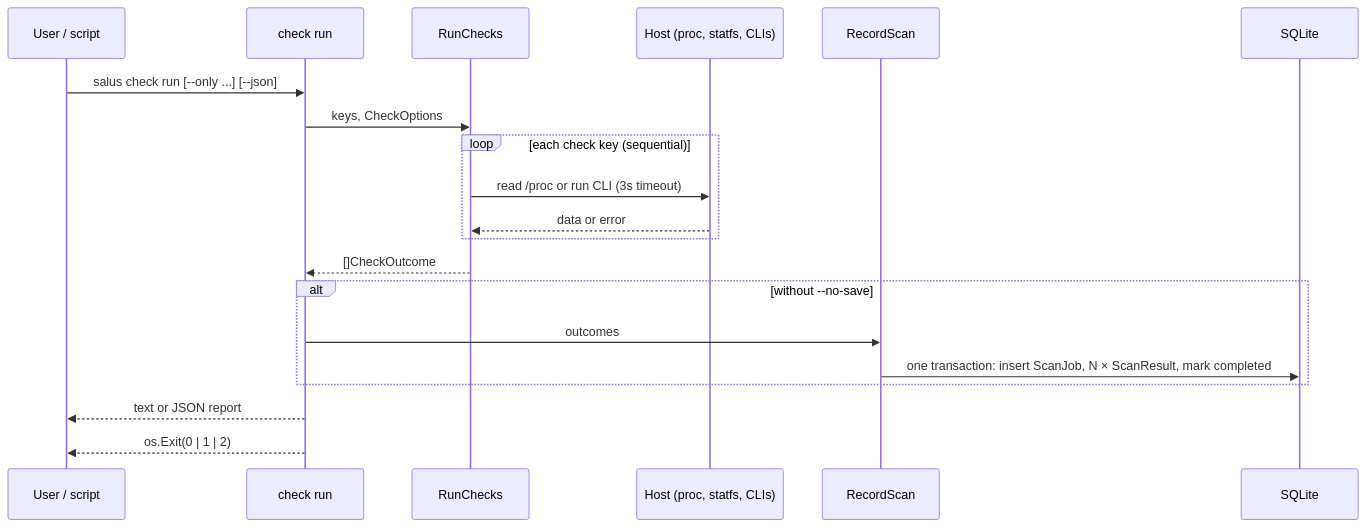
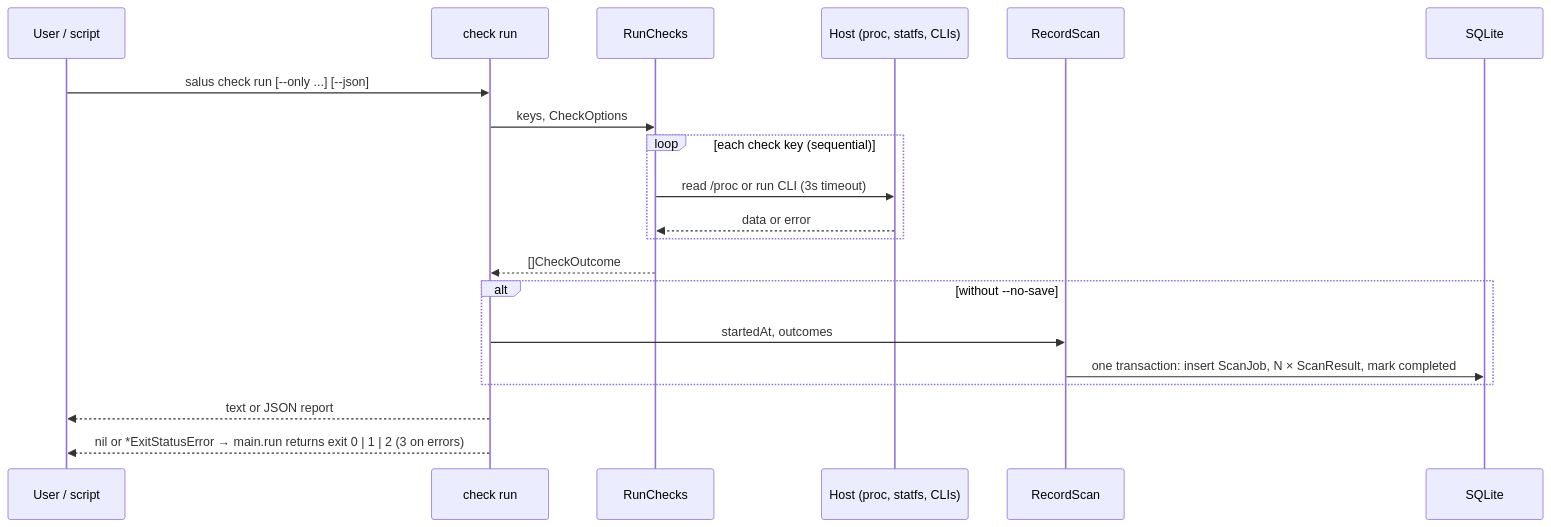
Before and after one commit to jabbott-iii/Salus: the second of 3 diagrams in intel/map.md, drawn with Mermaid. The commit also changed other lines of this file and 22 other files, not shown here.

````diff
--- a/intel/map.md
+++ b/intel/map.md
@@ -90,23 +93,23 @@
 ```mermaid
 sequenceDiagram
     participant U as User / script
     participant CLI as check run
     participant C as RunChecks
     participant H as Host (proc, statfs, CLIs)
     participant S as RecordScan
     participant DB as SQLite
 
     U->>CLI: salus check run [--only ...] [--json]
     CLI->>C: keys, CheckOptions
     loop each check key (sequential)
         C->>H: read /proc or run CLI (3s timeout)
         H-->>C: data or error
     end
     C-->>CLI: []CheckOutcome
     alt without --no-save
-        CLI->>S: outcomes
+        CLI->>S: startedAt, outcomes
         S->>DB: one transaction: insert ScanJob, N × ScanResult, mark completed
     end
     CLI-->>U: text or JSON report
-    CLI-->>U: os.Exit(0 | 1 | 2)
+    CLI-->>U: nil or *ExitStatusError → main.run returns exit 0 | 1 | 2 (3 on errors)
 ```
````
